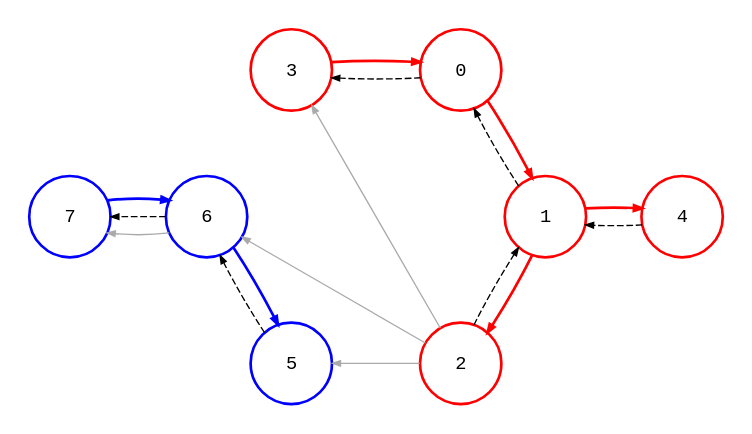
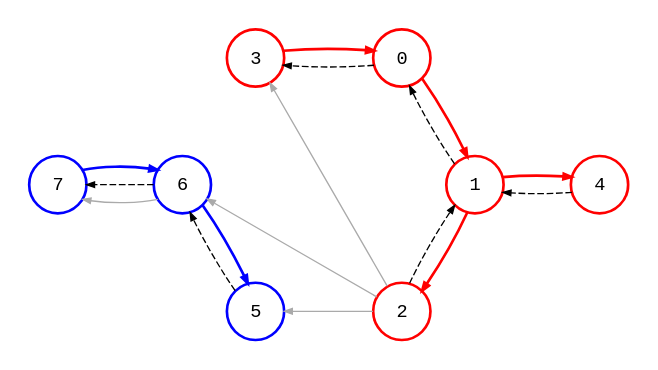
Before and after one commit to bsdrks/graaf-images: the diagram in src/dfs_pred_predecessors_multi_source_1-0.87.4.dot, drawn with Graphviz. The commit also changed 76 other files, not shown here.

```diff
--- a/src/dfs_pred_predecessors_multi_source_1-0.87.4.dot
+++ b/src/dfs_pred_predecessors_multi_source_1-0.87.4.dot
@@ -1,135 +1,135 @@
 digraph {
-    node [shape=circle, fontname="monospace", style=bold, fixedsize=true, width="0.85"];
+    node [shape=circle, fontname="monospace", style=bold, fixedsize=true, width="0.6"];
     edge [arrowsize=0.6, fontname="monospace", fontsize=9];
     layout=circo;
     scale=1.0;
     normalize=true;
     pad=0.2;
     splines=line;
 
     3, 0, 1, 2, 4 [style="bold"; color=red];
     7, 6, 5 [style=bold; color=blue];
 
     0 [
         label=<
-            <table border="0" cellpadding="0" cellspacing="0">
+            <table border="0" cellpadding="1" cellspacing="0">
                 <tr>
                     <td>0</td>
                 </tr>
             </table>
         >,
         color=red,
         style=bold
     ];
 
     1 [
         label=<
-            <table border="0" cellpadding="0" cellspacing="0">
+            <table border="0" cellpadding="1" cellspacing="0">
                 <tr>
                     <td>1</td>
                 </tr>
             </table>
         >,
         color=red,
         style=bold
     ];
 
     2 [
         label=<
-            <table border="0" cellpadding="0" cellspacing="0">
+            <table border="0" cellpadding="1" cellspacing="0">
                 <tr>
                     <td>2</td>
                 </tr>
             </table>
         >,
     ];
 
     3 [
         label=<
-            <table border="0" cellpadding="0" cellspacing="0">
+            <table border="0" cellpadding="1" cellspacing="0">
                 <tr>
                     <td>3</td>
                 </tr>
             </table>
         >,
     ];
 
     4 [
         label=<
-            <table border="0" cellpadding="0" cellspacing="0">
+            <table border="0" cellpadding="1" cellspacing="0">
                 <tr>
                     <td>4</td>
                 </tr>
             </table>
         >,
     ];
 
     5 [
         label=<
-            <table border="0" cellpadding="0" cellspacing="0">
+            <table border="0" cellpadding="1" cellspacing="0">
                 <tr>
                     <td>5</td>
                 </tr>
             </table>
         >,
     ];
 
     6 [
         label=<
-            <table border="0" cellpadding="0" cellspacing="0">
+            <table border="0" cellpadding="1" cellspacing="0">
                 <tr>
                     <td>6</td>
                 </tr>
             </table>
         >,
     ];
 
     7 [
         label=<
-            <table border="0" cellpadding="0" cellspacing="0">
+            <table border="0" cellpadding="1" cellspacing="0">
                 <tr>
                     <td>7</td>
                 </tr>
             </table>
         >,
     ];
 
 
 
     3 -> 0 [
         style=bold;
         color=red;
     ];
 
     0 -> 1 [style=bold; color=red];
 
     1 -> 2 [style=bold; color=red];
 
     1 -> 4 [style=bold; color=red];
 
     2 -> 3 [color="#aaaaaa"];
 
     2 -> 5 [color="#aaaaaa"];
 
     2 -> 6 [color="#aaaaaa"];
 
     6 -> 5 [style=bold; color=blue];
 
     6 -> 7 [color="#aaaaaa"];
 
     7 -> 6 [style=bold; color=blue];
 
     1 -> 5 [style=invis];
 
     6 -> 7 [style=dashed];
 
     5 -> 6 [style=dashed];
 
     2 -> 1 [style=dashed];
 
     4 -> 1 [style=dashed];
 
     1 -> 0 [style=dashed];
 
     0 -> 3 [style=dashed];
 }
```
